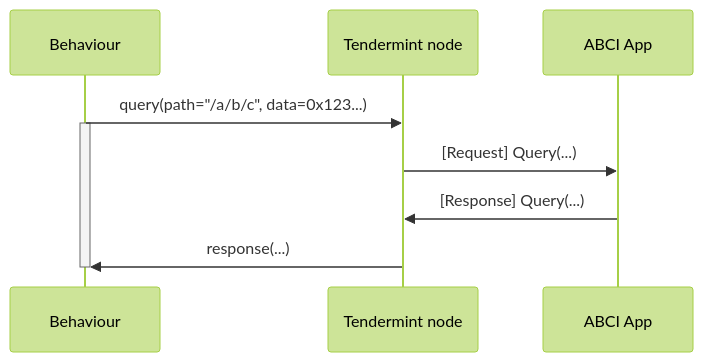
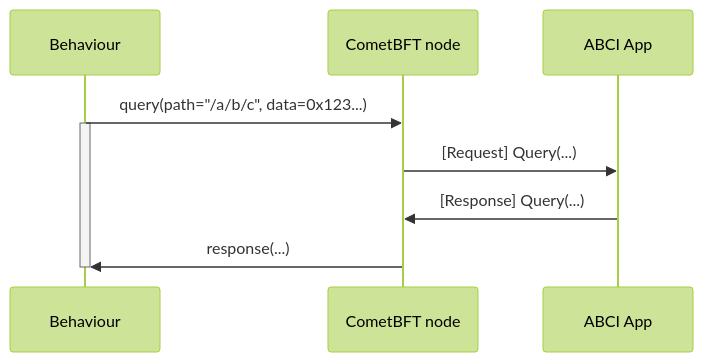
One commit to valory-xyz/open-autonomy changed the fourth of 4 diagrams in docs/key_concepts/abci.md. Above: the diagram before and after it, drawn with Mermaid (forest theme). The commit also changed other lines of this file and 15 other files, not shown here.

```diff
--- a/docs/key_concepts/abci.md
+++ b/docs/key_concepts/abci.md
@@ -225,14 +225,14 @@
 <div class="mermaid">
     sequenceDiagram
 
         participant Behaviour
-        participant Tendermint node
+        participant CometBFT node
         participant ABCI App
 
-        Behaviour->>Tendermint node: query(path="/a/b/c", data=0x123...)
+        Behaviour->>CometBFT node: query(path="/a/b/c", data=0x123...)
         activate Behaviour
-        Tendermint node->>ABCI App: [Request] Query(...)
-        ABCI App->>Tendermint node: [Response] Query(...)
-        Tendermint node->>Behaviour: response(...)
+        CometBFT node->>ABCI App: [Request] Query(...)
+        ABCI App->>CometBFT node: [Response] Query(...)
+        CometBFT node->>Behaviour: response(...)
         deactivate Behaviour
 </div>
```
